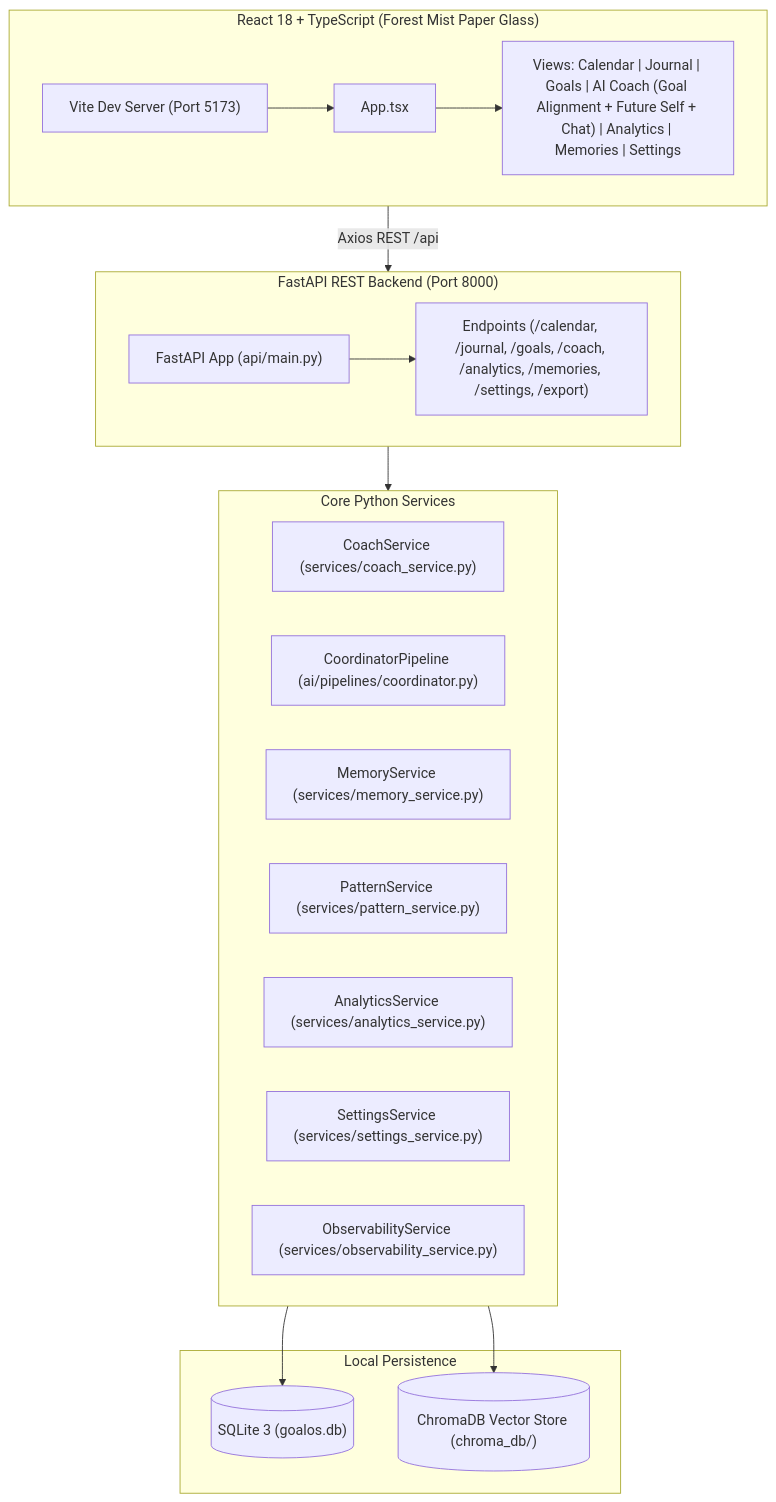
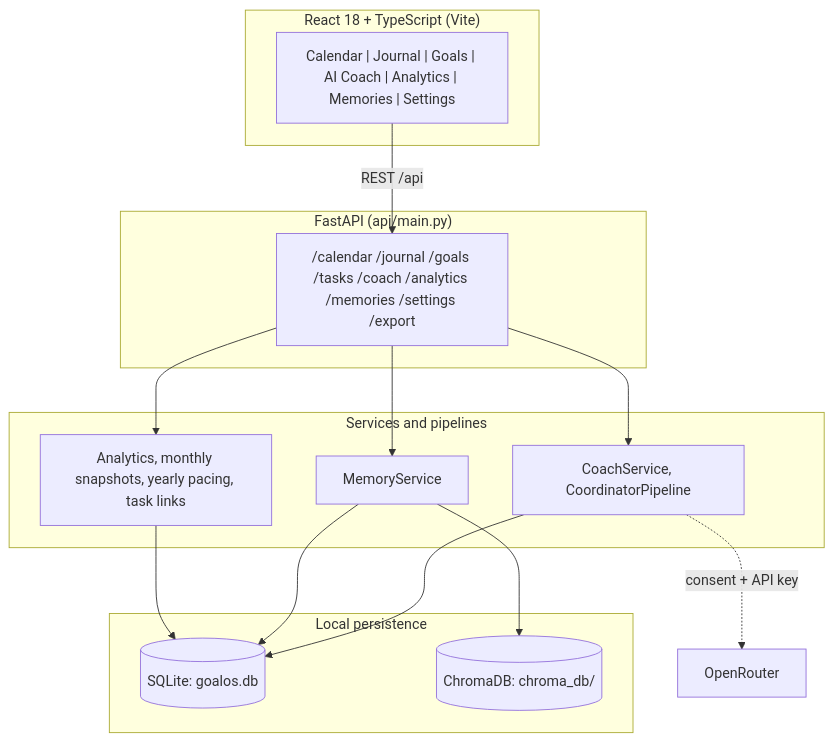
The diagram in README.md (jegadeesh17/GoalOS), drawn with Mermaid before and after one commit. The commit also changed other lines of this file and 6 other files, not shown here.

````diff
--- a/README.md
+++ b/README.md
@@ -94,35 +143,27 @@
 ```mermaid
 flowchart TD
-    subgraph Frontend_Layer ["React 18 + TypeScript (Forest Mist Paper Glass)"]
-        Vite["Vite Dev Server (Port 5173)"]
-        App["App.tsx"]
-        Views["Views: Calendar | Journal | Goals | AI Coach (Goal Alignment + Future Self + Chat) | Analytics | Memories | Settings"]
-        Vite --> App --> Views
+    subgraph Frontend ["React 18 + TypeScript (Vite)"]
+        UI["Calendar | Journal | Goals | AI Coach | Analytics | Memories | Settings"]
     end
-
-    subgraph API_Layer ["FastAPI REST Backend (Port 8000)"]
-        FastAPI["FastAPI App (api/main.py)"]
-        Routes["Endpoints (/calendar, /journal, /goals, /coach, /analytics, /memories, /settings, /export)"]
-        FastAPI --> Routes
+    subgraph API ["FastAPI (api/main.py)"]
+        Routes["/calendar /journal /goals /tasks /coach /analytics /memories /settings /export"]
     end
-
-    subgraph Service_Layer ["Core Python Services"]
-        CoachService["CoachService (services/coach_service.py)"]
-        Coordinator["CoordinatorPipeline (ai/pipelines/coordinator.py)"]
-        MemoryService["MemoryService (services/memory_service.py)"]
-        PatternService["PatternService (services/pattern_service.py)"]
-        AnalyticsService["AnalyticsService (services/analytics_service.py)"]
-        SettingsService["SettingsService (services/settings_service.py)"]
-        Observability["ObservabilityService (services/observability_service.py)"]
+    subgraph Services ["Services and pipelines"]
+        Coach["CoachService, CoordinatorPipeline"]
+        Memory["MemoryService"]
+        Analytics["Analytics, monthly snapshots, yearly pacing, task links"]
     end
-
-    subgraph Data_Layer ["Local Persistence"]
-        SQLite[("SQLite 3 (goalos.db)")]
-        ChromaDB[("ChromaDB Vector Store (chroma_db/)")]
+    subgraph Data ["Local persistence"]
+        SQLite[("SQLite: goalos.db")]
+        Chroma[("ChromaDB: chroma_db/")]
     end
-
-    Frontend_Layer -->|Axios REST /api| API_Layer
-    API_Layer --> Service_Layer
-    Service_Layer --> SQLite
-    Service_Layer --> ChromaDB
+    UI -->|"REST /api"| Routes
+    Routes --> Coach
+    Routes --> Memory
+    Routes --> Analytics
+    Coach --> SQLite
+    Memory --> SQLite
+    Memory --> Chroma
+    Analytics --> SQLite
+    Coach -.->|"consent + API key"| OpenRouter["OpenRouter"]
 ```
````
